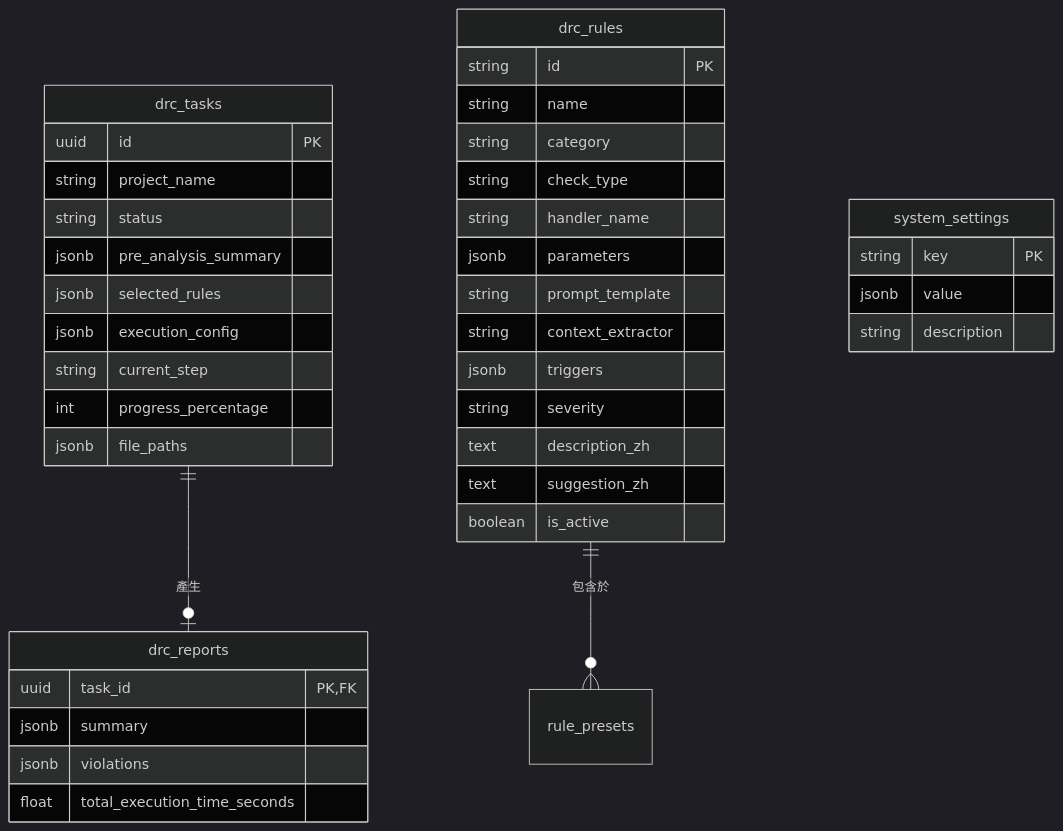
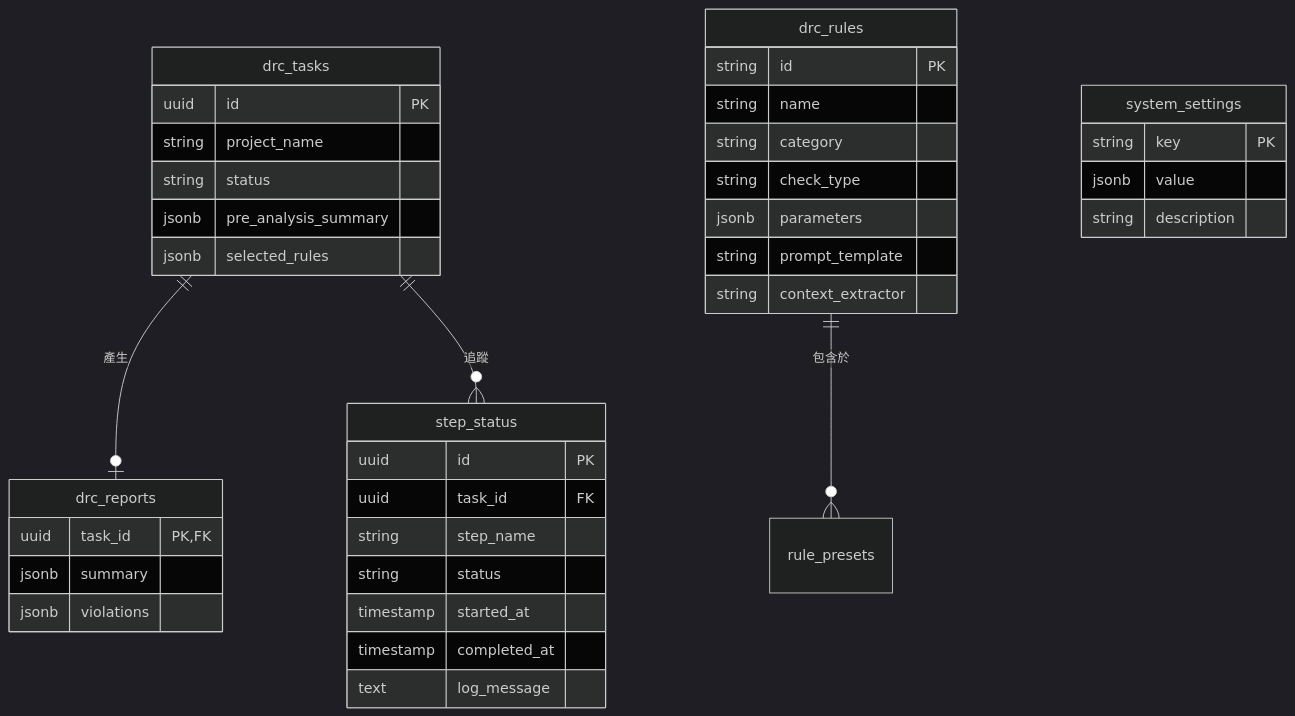
The diagram in docs/database_schema.md (AngeloEyez/DesignShield), drawn with Mermaid (dark theme) before and after one commit. The commit also changed other lines of this file and 5 other files, not shown here.

Commit message:
docs: Migrate architecture documentation from Celery/Redis to Postgres DBOS

````diff
--- a/docs/database_schema.md
+++ b/docs/database_schema.md
@@ -9,42 +9,41 @@
 ```mermaid
 erDiagram
     drc_tasks ||--o| drc_reports : "產生"
+    drc_tasks ||--o{ step_status : "追蹤"
     drc_rules ||--o{ rule_presets : "包含於"
     system_settings {
         string key PK
         jsonb value
         string description
     }
     drc_rules {
         string id PK
         string name
         string category
         string check_type
-        string handler_name
         jsonb parameters
         string prompt_template
         string context_extractor
-        jsonb triggers
-        string severity
-        text description_zh
-        text suggestion_zh
-        boolean is_active
     }
     drc_tasks {
         uuid id PK
         string project_name
         string status
         jsonb pre_analysis_summary
         jsonb selected_rules
-        jsonb execution_config
-        string current_step
-        int progress_percentage
-        jsonb file_paths
+    }
+    step_status {
+        uuid id PK
+        uuid task_id FK
+        string step_name
+        string status
+        timestamp started_at
+        timestamp completed_at
+        text log_message
     }
     drc_reports {
         uuid task_id PK,FK
         jsonb summary
         jsonb violations
-        float total_execution_time_seconds
     }
 ```
````
